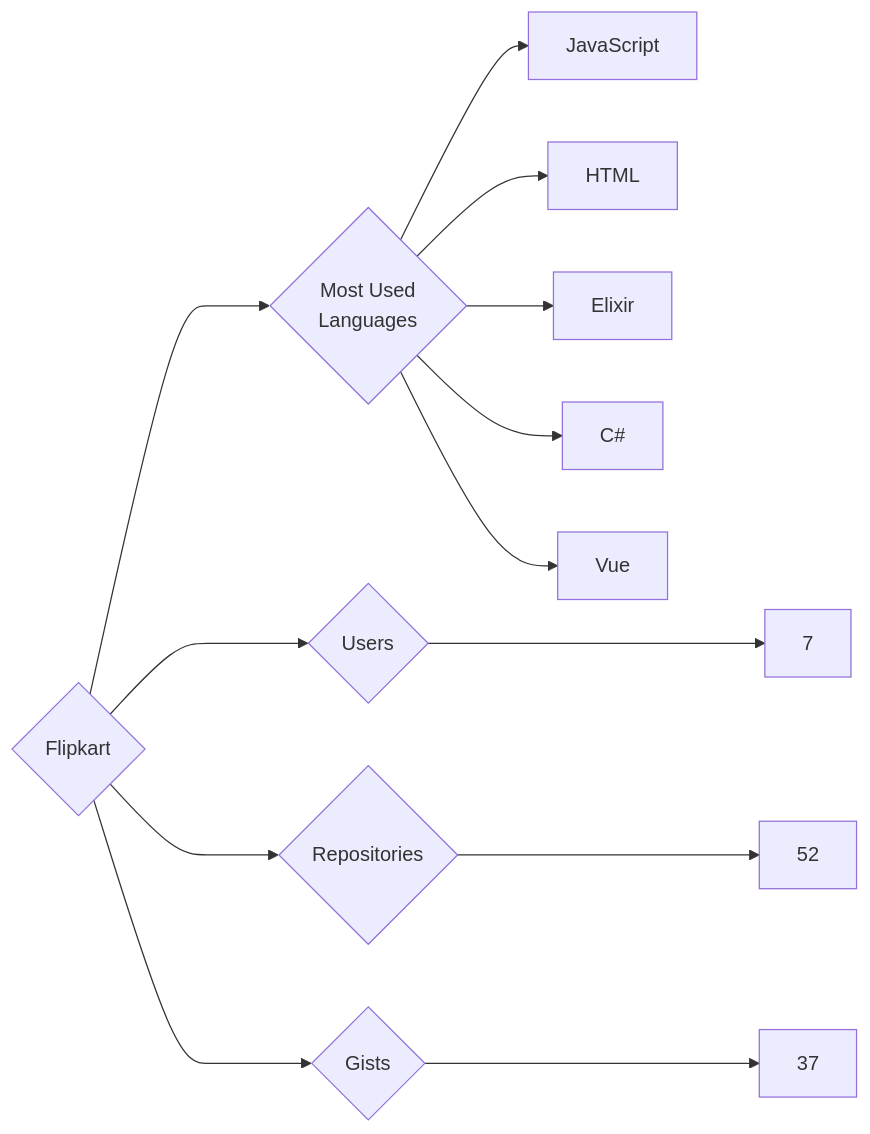
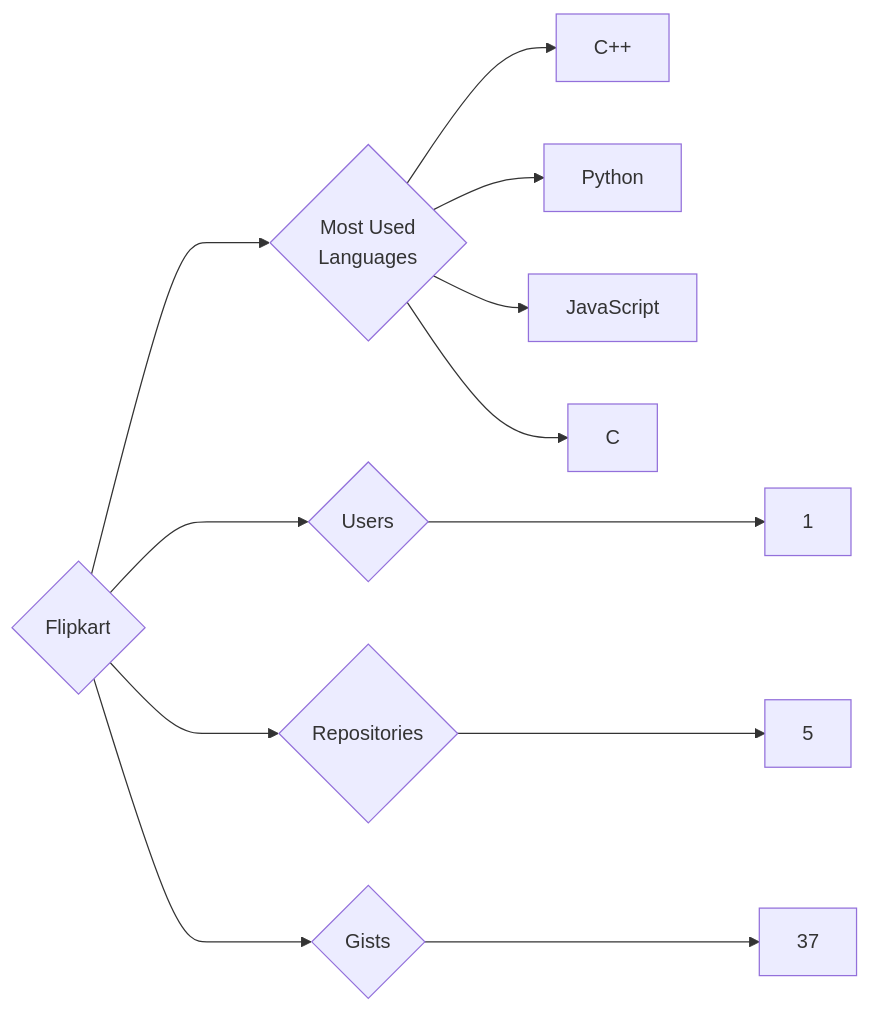
One commit to trickest/insiders changed the diagram in targets/Flipkart/README.md. Above: the diagram before and after it, drawn with Mermaid. The commit also changed 859 other files, not shown here.

````diff
--- a/targets/Flipkart/README.md
+++ b/targets/Flipkart/README.md
@@ -3,13 +3,12 @@
 ```mermaid
 graph LR
 COMPANY_NAME{Flipkart}
-COMPANY_NAME ---> U{Users} ---> UN[7]
-COMPANY_NAME ---> R{Repositories} ---> RN[52]
+COMPANY_NAME ---> U{Users} ---> UN[1]
+COMPANY_NAME ---> R{Repositories} ---> RN[5]
 COMPANY_NAME ---> G{Gists} ---> GN[37]
 COMPANY_NAME ---> ML{Most Used<br>Languages}
+ML --> C++[C++]
+ML --> Python[Python]
 ML --> JavaScript[JavaScript]
-ML --> HTML[HTML]
-ML --> Elixir[Elixir]
-ML --> C#[C#]
-ML --> Vue[Vue]
+ML --> C[C]
 ```
````
